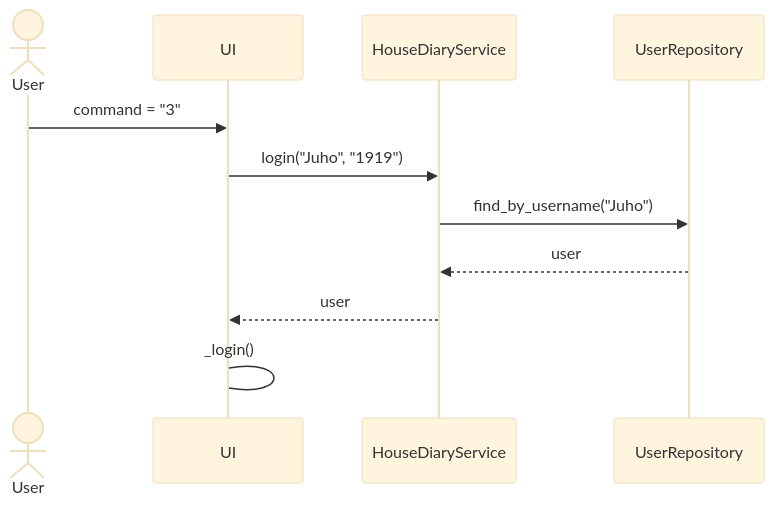
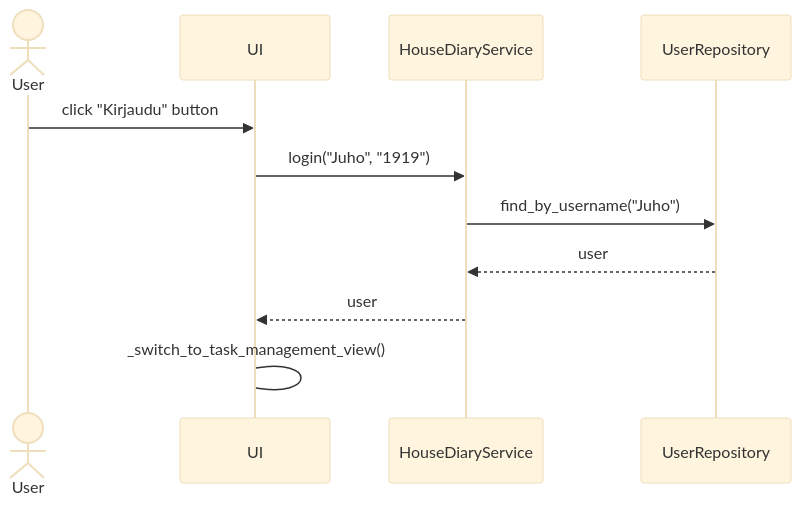
The second of 3 diagrams in housediary/dokumentaatio/arkkitehtuuri.md (RGH84/ot-harkkatyo), drawn with Mermaid (base theme) before and after one commit. The commit also changed other lines of this file, not shown here.

````diff
--- a/housediary/dokumentaatio/arkkitehtuuri.md
+++ b/housediary/dokumentaatio/arkkitehtuuri.md
@@ -75,13 +91,13 @@
 ```mermaid
 sequenceDiagram
   actor User
   participant UI
   participant HouseDiaryService
   participant UserRepository
-  User->>UI: command = "3"
+  User->>UI: click "Kirjaudu" button
   UI->>HouseDiaryService: login("Juho", "1919")
   HouseDiaryService->>UserRepository: find_by_username("Juho")
   UserRepository-->>HouseDiaryService: user
   HouseDiaryService-->>UI: user
-  UI->UI: _login()
+  UI->UI: _switch_to_task_management_view()
 ```
````
